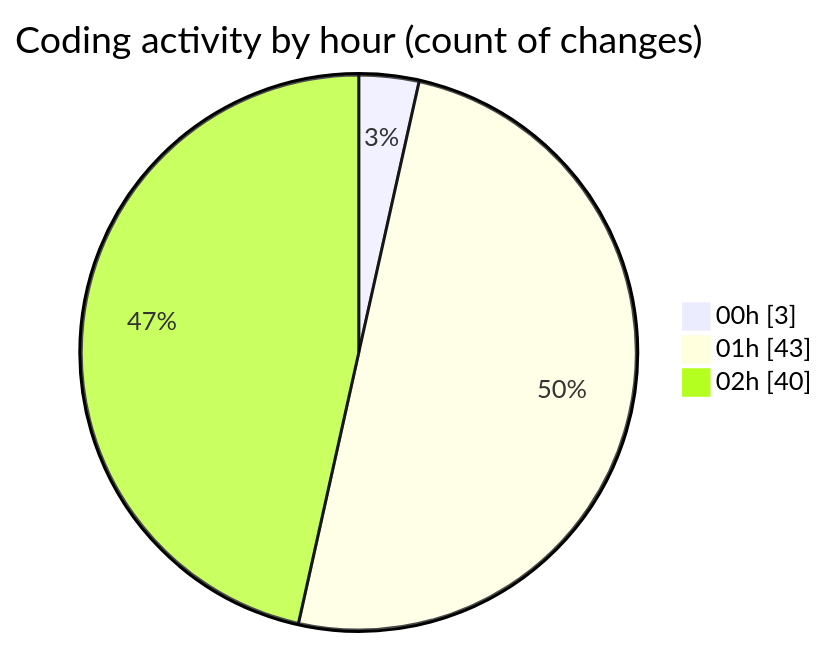
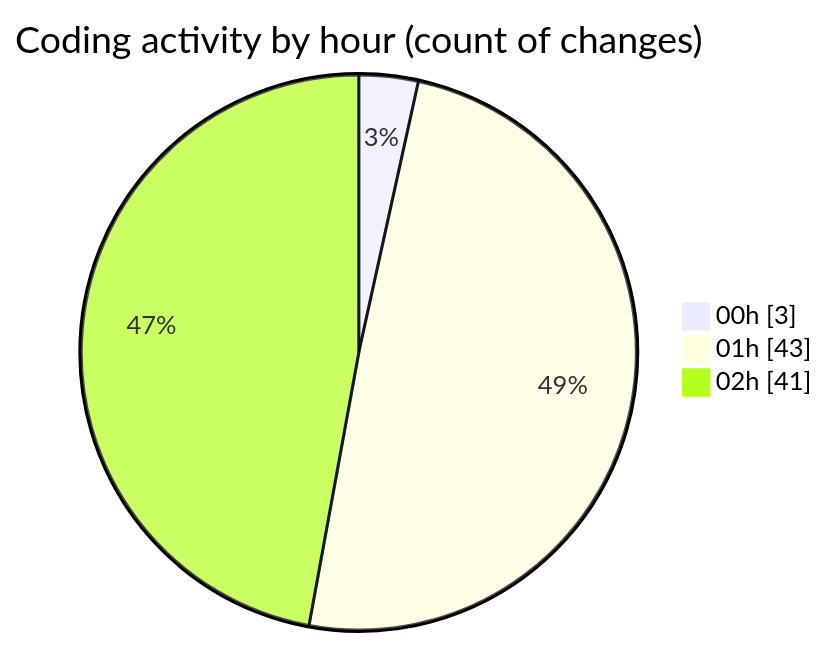
The second of 2 diagrams in 2025-10-02/oura-api/README.md (mevix1/code-tracking), drawn with Mermaid before and after one commit. The commit also changed other lines of this file and 1 other file, not shown here.

````diff
--- a/2025-10-02/oura-api/README.md
+++ b/2025-10-02/oura-api/README.md
@@ -93,7 +93,7 @@
 ```mermaid
 pie showData
 title Coding activity by hour (count of changes)
 "00h" : 3
 "01h" : 43
-"02h" : 40
+"02h" : 41
 ```
````
